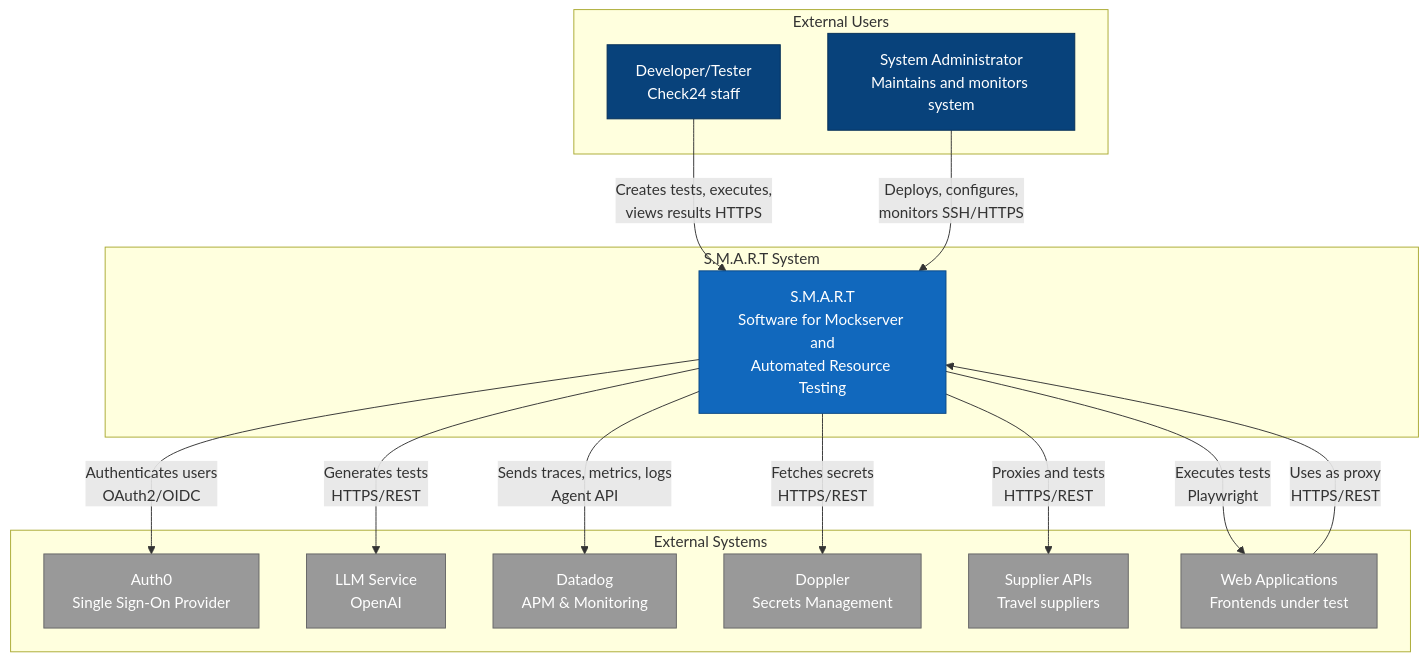
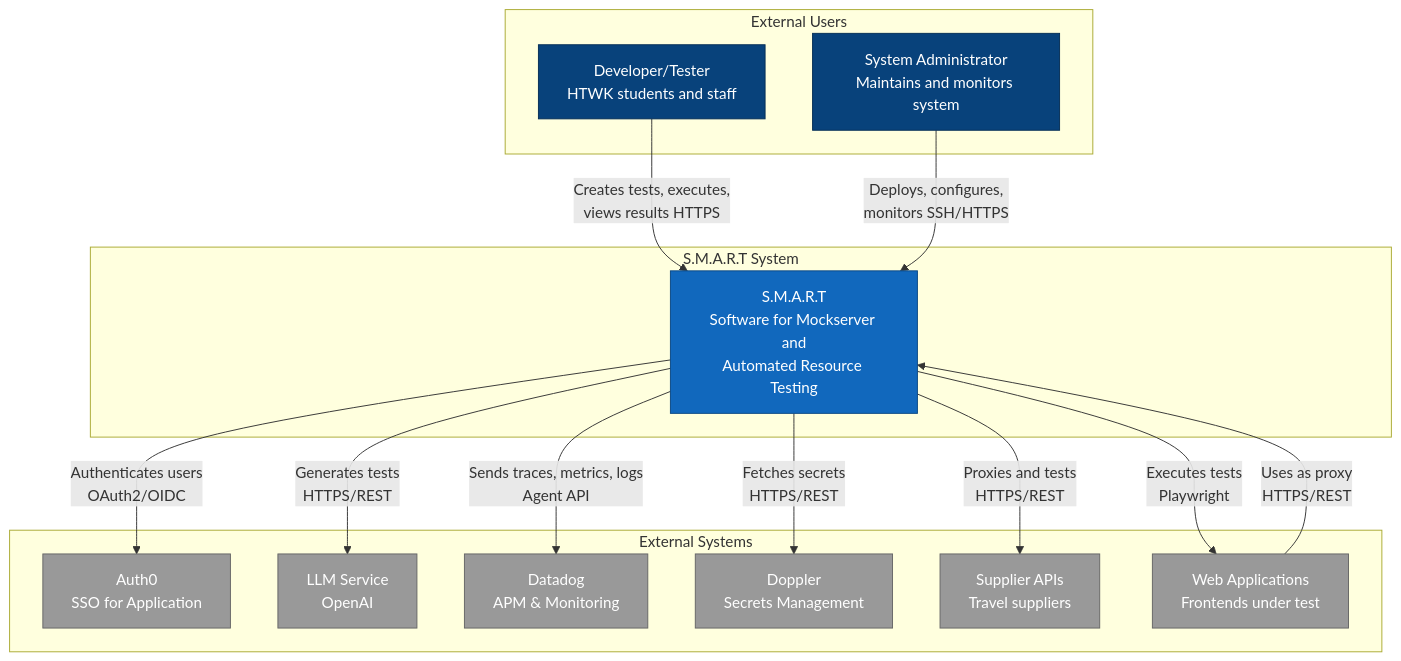
Before and after one commit to Skzter/smart: the diagram in docs/architecture/01-context/diagrams/system-context.mmd, drawn with Mermaid. The commit also changed 14 other files, not shown here.

Commit message:
docs(docs#156): update README and architecture documentation; enhance authentication flow and LLM integration details

```diff
--- a/docs/architecture/01-context/diagrams/system-context.mmd
+++ b/docs/architecture/01-context/diagrams/system-context.mmd
@@ -1,38 +1,38 @@
 flowchart TB
     subgraph users[External Users]
-        Developer[Developer/Tester<br/>Check24 staff]
+        Developer[Developer/Tester<br/>HTWK students and staff]
         Admin[System Administrator<br/>Maintains and monitors system]
     end
 
     subgraph smart[S.M.A.R.T System]
         SMART[S.M.A.R.T<br/>Software for Mockserver and<br/>Automated Resource Testing]
     end
 
     subgraph external[External Systems]
-        Auth0[Auth0<br/>Single Sign-On Provider]
+        Auth0[Auth0<br/>SSO for Application]
         LLM[LLM Service<br/>OpenAI]
         Datadog[Datadog<br/>APM & Monitoring]
         Doppler[Doppler<br/>Secrets Management]
         Supplier[Supplier APIs<br/>Travel suppliers]
         WebApp[Web Applications<br/>Frontends under test]
     end
 
     Developer -->|Creates tests, executes,<br/>views results HTTPS| SMART
     Admin -->|Deploys, configures,<br/>monitors SSH/HTTPS| SMART
 
     SMART -->|Authenticates users<br/>OAuth2/OIDC| Auth0
     SMART -->|Generates tests<br/>HTTPS/REST| LLM
     SMART -->|Sends traces, metrics, logs<br/>Agent API| Datadog
     SMART -->|Fetches secrets<br/>HTTPS/REST| Doppler
     SMART -->|Proxies and tests<br/>HTTPS/REST| Supplier
     SMART -->|Executes tests<br/>Playwright| WebApp
 
     WebApp -->|Uses as proxy<br/>HTTPS/REST| SMART
 
     classDef system fill:#1168bd,stroke:#0b4884,color:#ffffff
     classDef external fill:#999999,stroke:#666666,color:#ffffff
     classDef person fill:#08427b,stroke:#052e56,color:#ffffff
 
     class SMART system
     class Auth0,LLM,Datadog,Doppler,Supplier,WebApp external
     class Developer,Admin person
```
